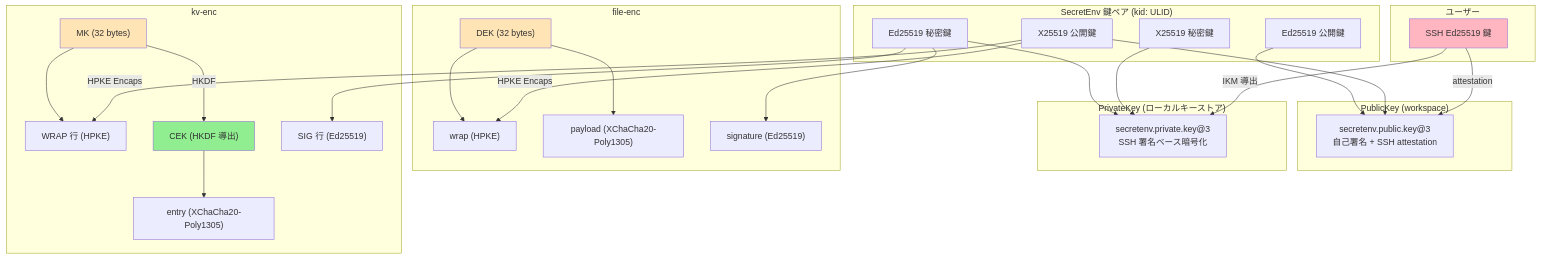
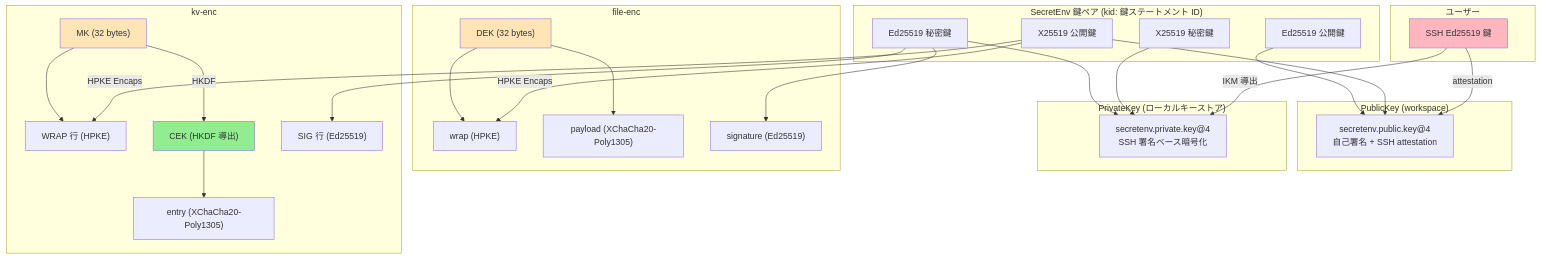
The sixth of 6 diagrams in guides/security_design_v3_ja.md (ebisawa/secretenv), drawn with Mermaid before and after one commit. The commit also changed other lines of this file and 116 other files, not shown here.

First line of the commit message:
feat: replace ULID-based kid with content-derived key statement ID

````diff
--- a/guides/security_design_v3_ja.md
+++ b/guides/security_design_v3_ja.md
@@ -1266,59 +1272,59 @@
 ```mermaid
 graph TB
     subgraph user["ユーザー"]
         SSH["SSH Ed25519 鍵"]
     end
 
-    subgraph secretenv_keys["SecretEnv 鍵ペア (kid: ULID)"]
+    subgraph secretenv_keys["SecretEnv 鍵ペア (kid: 鍵ステートメント ID)"]
         KEM_PK["X25519 公開鍵"]
         KEM_SK["X25519 秘密鍵"]
         SIG_PK["Ed25519 公開鍵"]
         SIG_SK["Ed25519 秘密鍵"]
     end
 
     subgraph public_key["PublicKey (workspace)"]
-        PK_DOC["secretenv.public.key@3<br/>自己署名 + SSH attestation"]
+        PK_DOC["secretenv.public.key@4<br/>自己署名 + SSH attestation"]
     end
 
     subgraph private_key["PrivateKey (ローカルキーストア)"]
-        PK_ENC["secretenv.private.key@3<br/>SSH 署名ベース暗号化"]
+        PK_ENC["secretenv.private.key@4<br/>SSH 署名ベース暗号化"]
     end
 
     subgraph file_enc["file-enc"]
         DEK["DEK (32 bytes)"]
         FILE_WRAP["wrap (HPKE)"]
         FILE_PAYLOAD["payload (XChaCha20-Poly1305)"]
         FILE_SIG["signature (Ed25519)"]
     end
 
     subgraph kv_enc["kv-enc"]
         MK["MK (32 bytes)"]
         KV_WRAP["WRAP 行 (HPKE)"]
         CEK["CEK (HKDF 導出)"]
         ENTRY["entry (XChaCha20-Poly1305)"]
         KV_SIG["SIG 行 (Ed25519)"]
     end
 
     SSH -->|attestation| PK_DOC
     SSH -->|IKM 導出| PK_ENC
     KEM_PK --> PK_DOC
     SIG_PK --> PK_DOC
     KEM_SK --> PK_ENC
     SIG_SK --> PK_ENC
 
     KEM_PK -->|HPKE Encaps| FILE_WRAP
     KEM_PK -->|HPKE Encaps| KV_WRAP
     DEK --> FILE_WRAP
     DEK --> FILE_PAYLOAD
     SIG_SK --> FILE_SIG
 
     MK --> KV_WRAP
     MK -->|HKDF| CEK
     CEK --> ENTRY
     SIG_SK --> KV_SIG
 
     style SSH fill:#FFB6C1
     style DEK fill:#FFE4B5
     style MK fill:#FFE4B5
     style CEK fill:#90EE90
 ```
````
